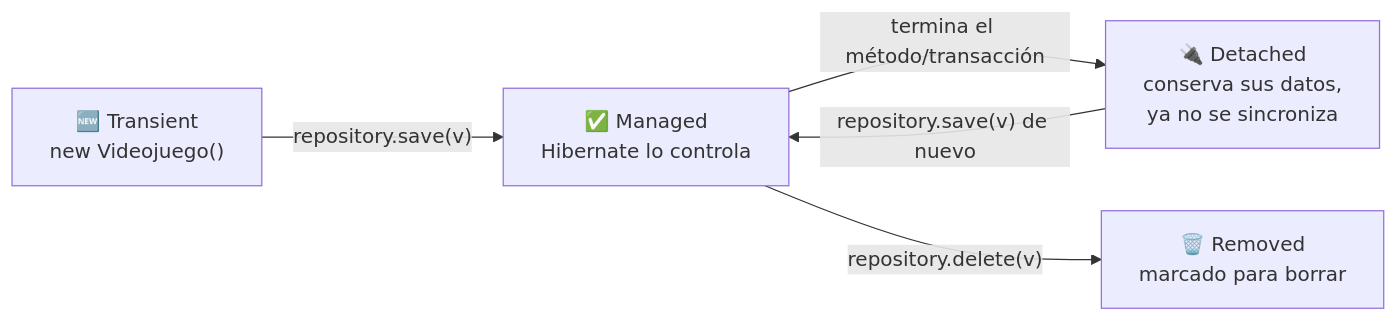
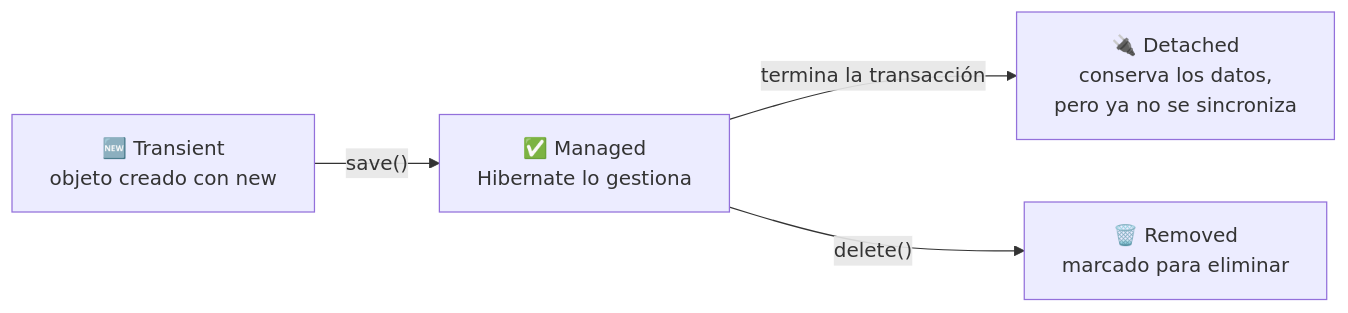
One commit to aitorventura/acceso-a-datos changed the first of 2 diagrams in docs/tema1/hibernate-a-fondo.md. Above: the diagram before and after it, drawn with Mermaid. The commit also changed other lines of this file and 9 other files, not shown here.

````diff
--- a/docs/tema1/hibernate-a-fondo.md
+++ b/docs/tema1/hibernate-a-fondo.md
@@ -52,7 +82,6 @@
 ```mermaid
 flowchart LR
-    T["🆕 Transient<br/>new Videojuego()"] -->|"repository.save(v)"| M["✅ Managed<br/>Hibernate lo controla"]
-    M -->|"termina el método/transacción"| D["🔌 Detached<br/>conserva sus datos,<br/>ya no se sincroniza"]
-    M -->|"repository.delete(v)"| R["🗑️ Removed<br/>marcado para borrar"]
-    D -->|"repository.save(v) de nuevo"| M
+    T["🆕 Transient<br/>objeto creado con new"] -->|"save()"| M["✅ Managed<br/>Hibernate lo gestiona"]
+    M -->|"termina la transacción"| D["🔌 Detached<br/>conserva los datos,<br/>pero ya no se sincroniza"]
+    M -->|"delete()"| R["🗑️ Removed<br/>marcado para eliminar"]
 ```
````
